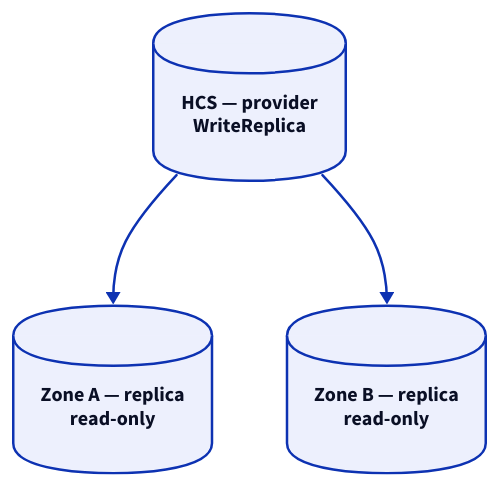
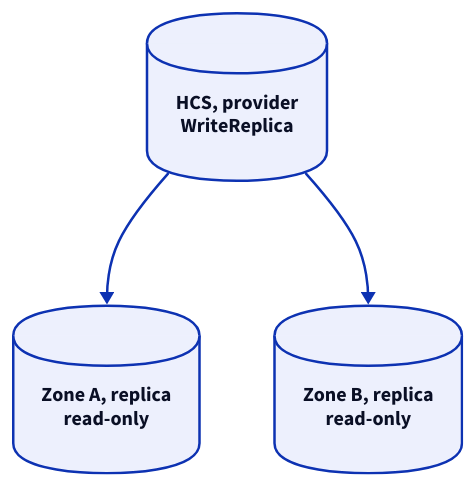
The diagram in src/content/docs/en/doc/admin-guide/operate/sso.mdx (darkone-linux/dnf-doc), drawn with D2 before and after one commit. The commit also changed other lines of this file and 57 other files, not shown here.

````diff
--- a/src/content/docs/en/doc/admin-guide/operate/sso.mdx
+++ b/src/content/docs/en/doc/admin-guide/operate/sso.mdx
@@ -86,11 +86,11 @@
 ```d2
 style.fill: transparent
 direction: down
 
-hcs: HCS — provider\nWriteReplica { shape: cylinder }
-gwa: Zone A — replica\nread-only { shape: cylinder }
-gwb: Zone B — replica\nread-only { shape: cylinder }
+hcs: HCS, provider\nWriteReplica { shape: cylinder }
+gwa: Zone A, replica\nread-only { shape: cylinder }
+gwb: Zone B, replica\nread-only { shape: cylinder }
 
 hcs -> gwa
 hcs -> gwb
 ```
````
